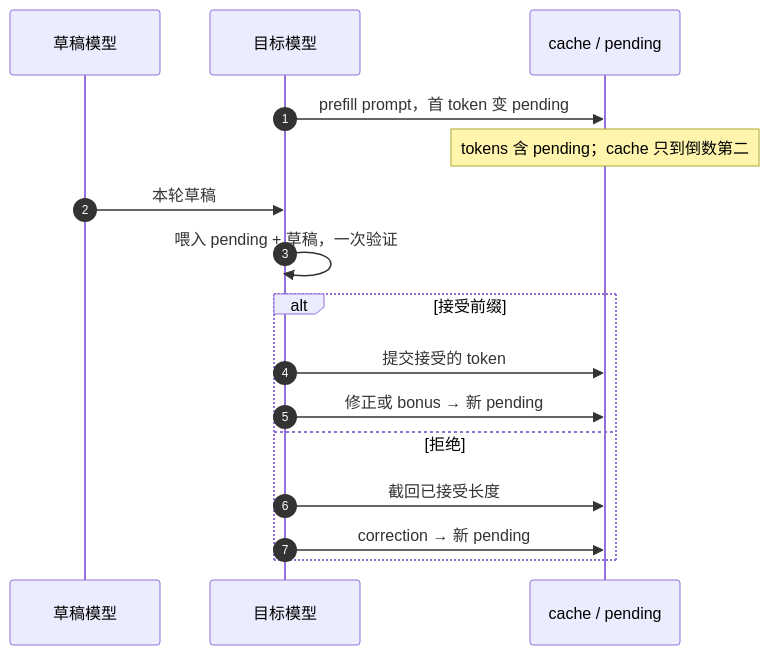
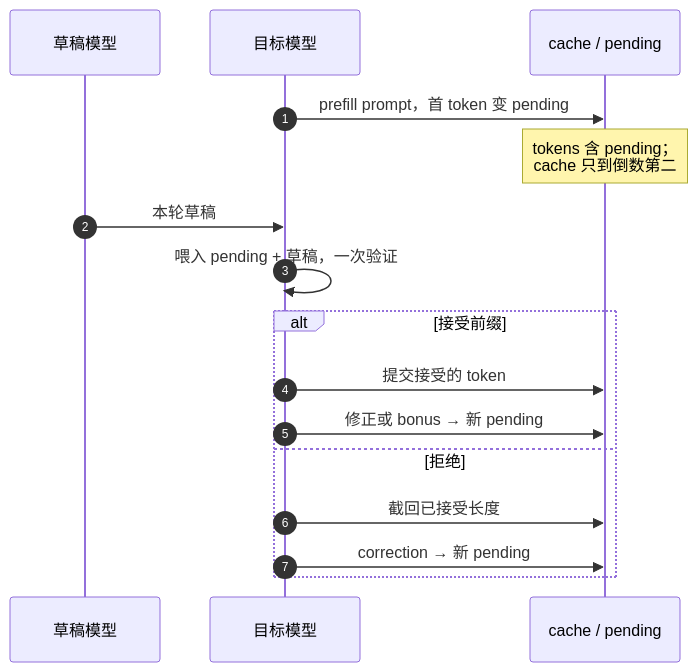
One commit to cluster1900/zero2llm changed the third of 5 diagrams in chapters/08m_reasoning_mtp.md. Above: the diagram before and after it, drawn with Mermaid. The commit also changed other lines of this file and 4 other files, not shown here.

First line of the commit message:
D8: address review blockers (diagram blocks + lead-ins only)

````diff
--- a/chapters/08m_reasoning_mtp.md
+++ b/chapters/08m_reasoning_mtp.md
@@ -262,21 +262,21 @@
 ```mermaid
 sequenceDiagram
     %% id: p23-pending-cache
     accTitle: pending 还没喂进 cache：三者相差一位
     accDescr: 草稿模型提出草稿；目标模型 prefill 得到首 token 作 pending；每轮把 pending 加草稿一起喂给目标；接受前缀后修正或 bonus 成为新 pending；拒绝后 cache 截回已接受长度。
     autonumber
     participant Draft as 草稿模型
     participant Target as 目标模型
     participant Cache as cache / pending
     Target->>Cache: prefill prompt，首 token 变 pending
-    Note over Cache: tokens 含 pending；cache 只到倒数第二
+    Note over Cache: tokens 含 pending；<br/>cache 只到倒数第二
     Draft->>Target: 本轮草稿
     Target->>Target: 喂入 pending + 草稿，一次验证
     alt 接受前缀
       Target->>Cache: 提交接受的 token
       Target->>Cache: 修正或 bonus → 新 pending
     else 拒绝
       Target->>Cache: 截回已接受长度
       Target->>Cache: correction → 新 pending
     end
 ```
````
